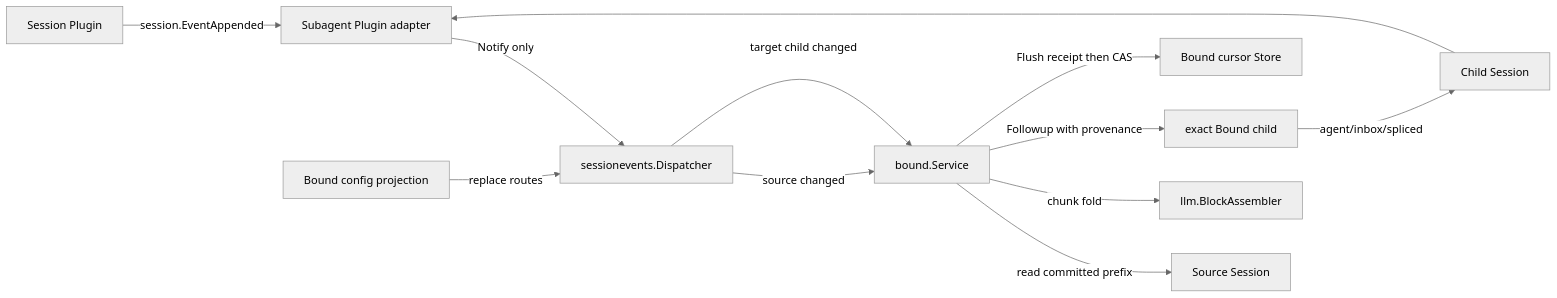
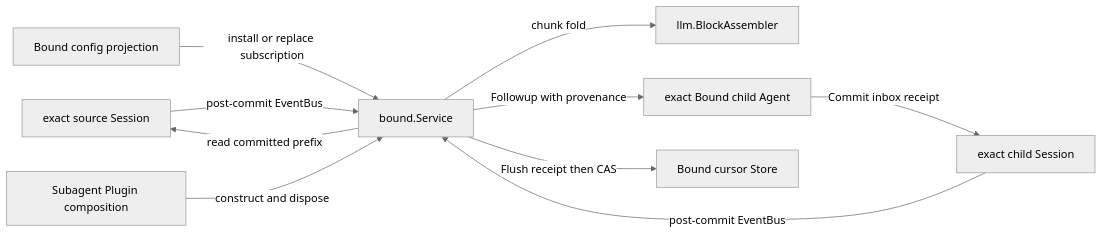
The first of 2 diagrams in subagent/docs/session-event-delivery.zh-CN.md (gorenx/goren), drawn with Mermaid (neutral theme) before and after one commit. The commit also changed other lines of this file and 13 other files, not shown here.

Commit message:
docs(subagent): align bound config design

````diff
--- a/subagent/docs/session-event-delivery.zh-CN.md
+++ b/subagent/docs/session-event-delivery.zh-CN.md
@@ -26,14 +24,12 @@
 ```mermaid
 flowchart LR
-    SessionPlugin[Session Plugin] -->|session.EventAppended| SubagentPlugin[Subagent Plugin adapter]
-    SubagentPlugin -->|Notify only| Dispatcher[sessionevents.Dispatcher]
-    BoundConfig[Bound config projection] -->|replace routes| Dispatcher
-    Dispatcher -->|source changed| Bound[bound.Service]
-    Dispatcher -->|target child changed| Bound
-    Bound -->|read committed prefix| Source[Source Session]
+    Source[exact source Session] -->|post-commit EventBus| Bound[bound.Service]
+    BoundConfig[Bound config projection] -->|install or replace subscription| Bound
+    Bound -->|read committed prefix| Source
     Bound -->|chunk fold| Assembler[llm.BlockAssembler]
-    Bound -->|Followup with provenance| Child[exact Bound child]
-    Child -->|agent/inbox/spliced| ChildSession[Child Session]
-    ChildSession --> SubagentPlugin
+    Bound -->|Followup with provenance| Child[exact Bound child Agent]
+    Child -->|Commit inbox receipt| ChildSession[exact child Session]
+    ChildSession -->|post-commit EventBus| Bound
     Bound -->|Flush receipt then CAS| Cursor[Bound cursor Store]
+    Plugin[Subagent Plugin composition] -->|construct and dispose| Bound
 ```
````
